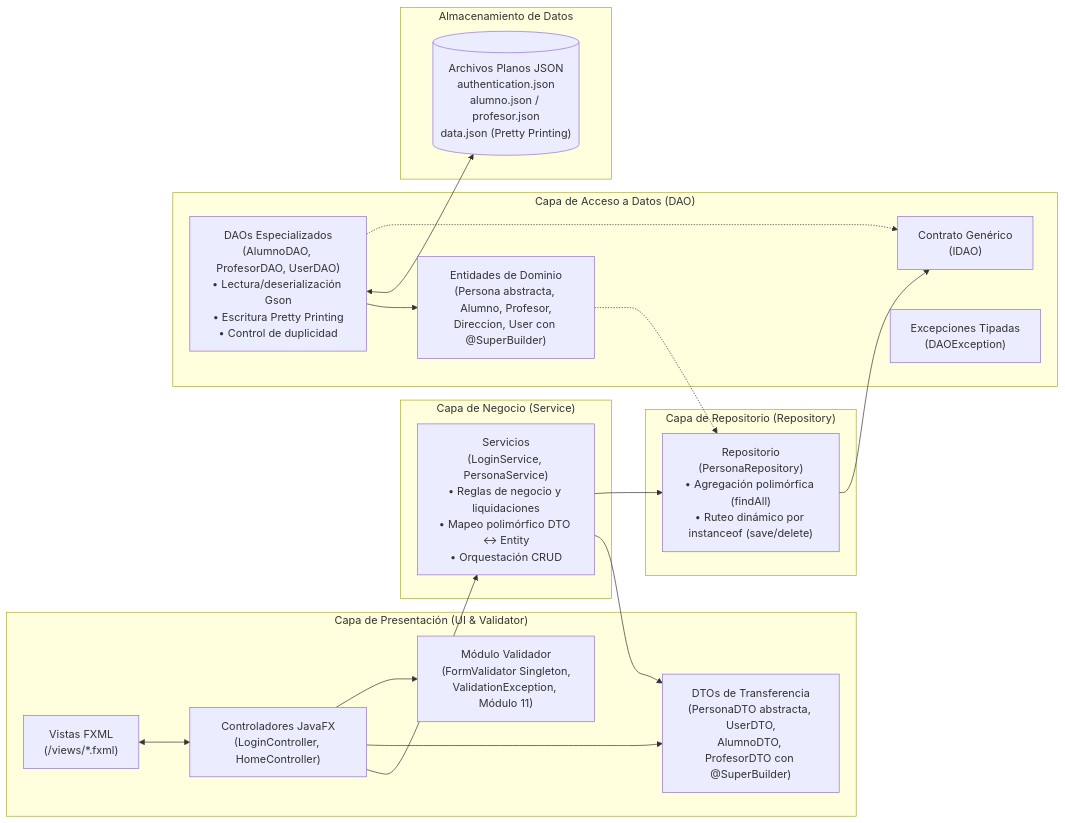
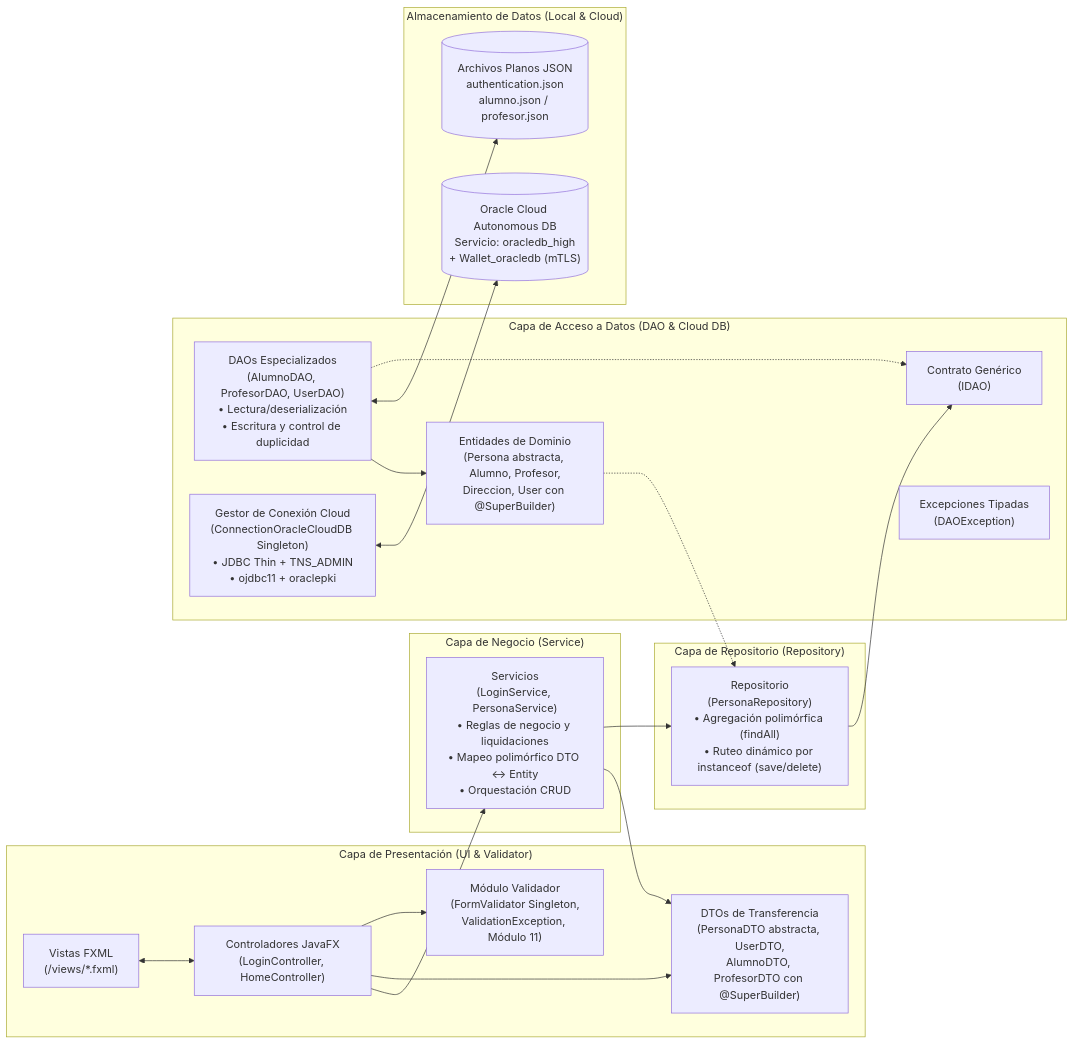
Before and after one commit to elprofecarreno/poo-javafx: the second of 2 diagrams in README.md, drawn with Mermaid. The commit also changed other lines of this file and 1 other file, not shown here.

````diff
--- a/README.md
+++ b/README.md
@@ -139,40 +147,43 @@
 ```mermaid
 flowchart LR
     subgraph Capa_Presentacion["Capa de Presentación (UI & Validator)"]
         Vistas["Vistas FXML\n(/views/*.fxml)"]
         Controladores["Controladores JavaFX\n(LoginController, HomeController)"]
         Validador["Módulo Validador\n(FormValidator Singleton,\nValidationException, Módulo 11)"]
         DTOs["DTOs de Transferencia\n(PersonaDTO abstracta, UserDTO,\nAlumnoDTO, ProfesorDTO con @SuperBuilder)"]
     end
 
     subgraph Capa_Negocio["Capa de Negocio (Service)"]
         Servicios["Servicios\n(LoginService, PersonaService)\n• Reglas de negocio y liquidaciones\n• Mapeo polimórfico DTO <-> Entity\n• Orquestación CRUD"]
     end
 
     subgraph Capa_Repositorio["Capa de Repositorio (Repository)"]
         Repositorio["Repositorio\n(PersonaRepository)\n• Agregación polimórfica (findAll)\n• Ruteo dinámico por instanceof (save/delete)"]
     end
 
-    subgraph Capa_Datos["Capa de Acceso a Datos (DAO)"]
+    subgraph Capa_Datos["Capa de Acceso a Datos (DAO & Cloud DB)"]
         ContratoDAO["Contrato Genérico\n(IDAO<T>)"]
-        DAOs["DAOs Especializados\n(AlumnoDAO, ProfesorDAO, UserDAO)\n• Lectura/deserialización Gson\n• Escritura Pretty Printing\n• Control de duplicidad"]
+        DAOs["DAOs Especializados\n(AlumnoDAO, ProfesorDAO, UserDAO)\n• Lectura/deserialización\n• Escritura y control de duplicidad"]
+        ConnCloud["Gestor de Conexión Cloud\n(ConnectionOracleCloudDB Singleton)\n• JDBC Thin + TNS_ADMIN\n• ojdbc11 + oraclepki"]
         Entidades["Entidades de Dominio\n(Persona abstracta, Alumno, Profesor,\nDireccion, User con @SuperBuilder)"]
         Excepciones["Excepciones Tipadas\n(DAOException)"]
     end
 
-    subgraph Almacenamiento["Almacenamiento de Datos"]
-        JSONFiles[("Archivos Planos JSON\nauthentication.json\nalumno.json / profesor.json\ndata.json (Pretty Printing)")]
+    subgraph Almacenamiento["Almacenamiento de Datos (Local & Cloud)"]
+        JSONFiles[("Archivos Planos JSON\nauthentication.json\nalumno.json / profesor.json")]
+        OracleDB[("Oracle Cloud Autonomous DB\nServicio: oracledb_high\n+ Wallet_oracledb (mTLS)")]
     end
 
     Vistas <--> Controladores
     Controladores --> Validador
     Controladores --> DTOs
     Controladores --> Servicios
     Servicios --> Repositorio
     Repositorio --> ContratoDAO
     DAOs -.-> ContratoDAO
     DAOs <--> JSONFiles
+    ConnCloud <--> OracleDB
     DAOs --> Entidades
     Entidades -.-> Repositorio
     Servicios --> DTOs
 ```
````
